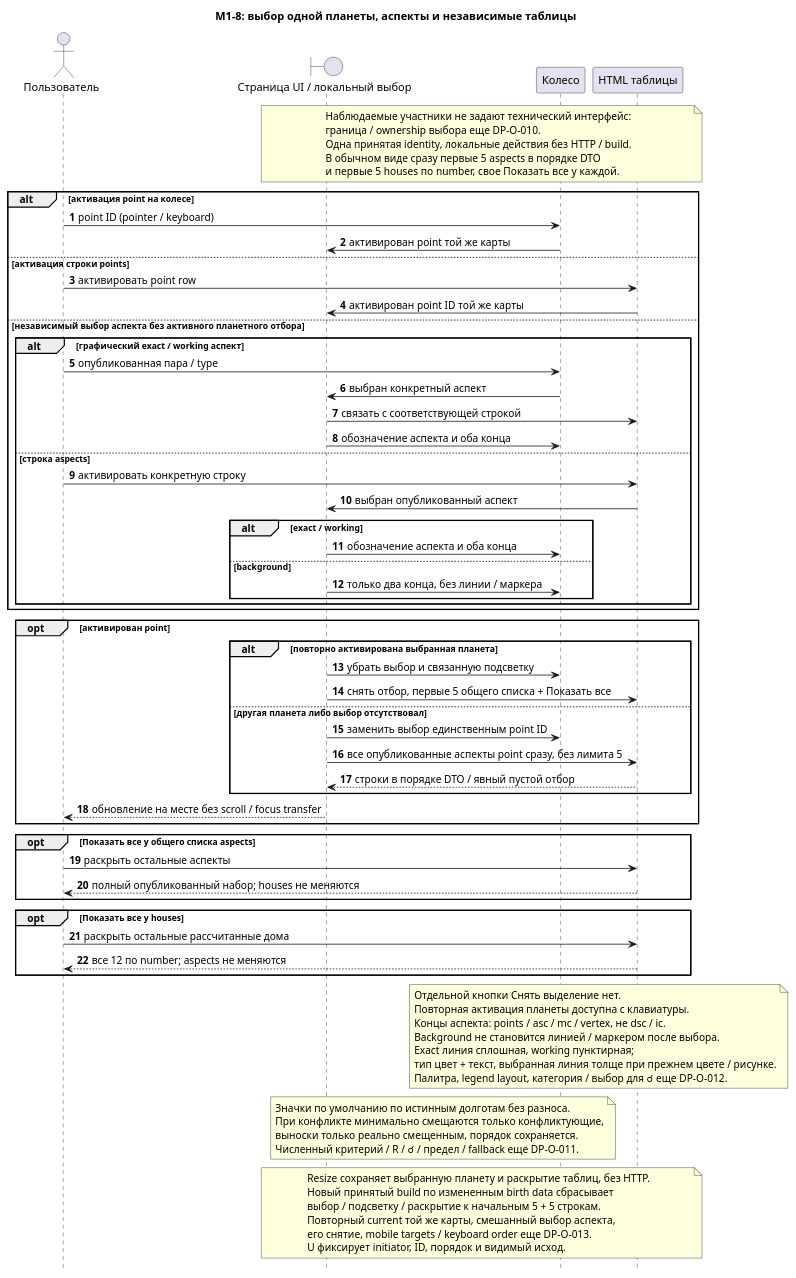
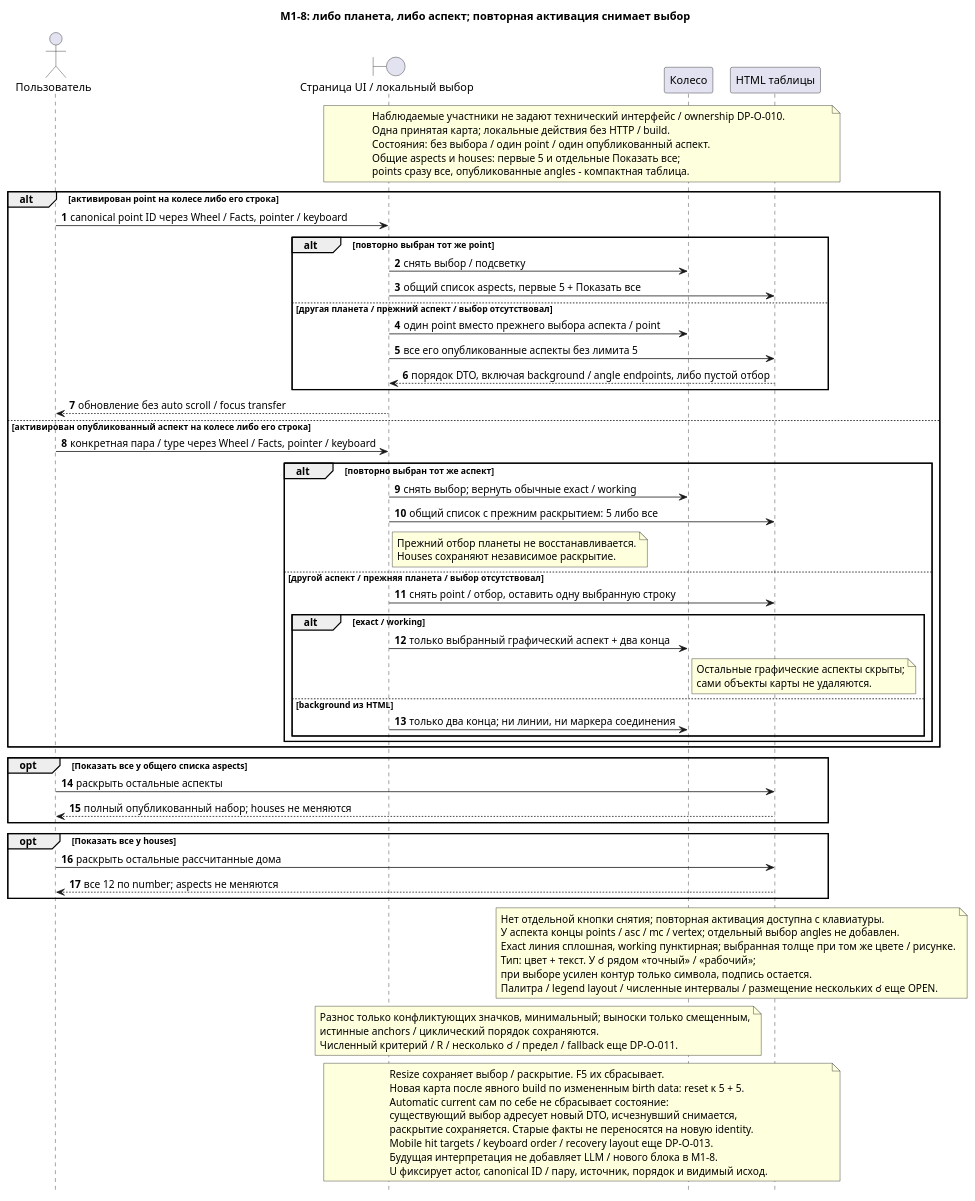
The diagram in docs/project_management/change_plans/ui-chart-wheel/analyst/sequence_diagrams/ui/002-wheel-table-selection.puml (ksenia-baranova/exact-orb-demo), drawn with PlantUML before and after one commit. The commit also changed 9 other files, not shown here.

```diff
--- a/docs/project_management/change_plans/ui-chart-wheel/analyst/sequence_diagrams/ui/002-wheel-table-selection.puml
+++ b/docs/project_management/change_plans/ui-chart-wheel/analyst/sequence_diagrams/ui/002-wheel-table-selection.puml
@@ -1,85 +1,86 @@
 @startuml
-' Owner: Functional Analyst. TASK-A-001; package v2, 2026-10-15.
-' Update InputSHA 2b846077b317e33dd892565419942c4db8517b1e; v1 at 683bdd0
+' Owner: Functional Analyst. TASK-A-001; draft package v3, 2026-10-15.
+' InputSHA 2169845b770754e11ae8b5cb1e13ffcd780784c8; v2 at cb25422.
+' Owner evidence 2026-10-15; registration in Manager DP-O-012/013 pending.
 ' REQ-WHEEL-04/05/06/07/08/09/10; REQ-UI-03/04/05/06/10
-' AS-WHEEL-04/07/08/09/10/11/12/13/14/16/23/26/27
+' AS-WHEEL-04/07/08/11/12/13/14/16/23/26/27/28/29/30
 ' Clean target: docs/sequence_diagrams/ui/002-wheel-table-selection.puml
-title M1-8: выбор одной планеты, аспекты и независимые таблицы
+title M1-8: либо планета, либо аспект; повторная активация снимает выбор
 autonumber
 hide footbox
 actor "Пользователь" as User
 boundary "Страница UI / локальный выбор" as Page
 participant "Колесо" as Wheel
 participant "HTML таблицы" as Facts
 note over Page, Facts
-Наблюдаемые участники не задают технический интерфейс:
-граница / ownership выбора еще DP-O-010.
-Одна принятая identity, локальные действия без HTTP / build.
-В обычном виде сразу первые 5 aspects в порядке DTO
-и первые 5 houses по number, свое Показать все у каждой.
+Наблюдаемые участники не задают технический интерфейс / ownership DP-O-010.
+Одна принятая карта; локальные действия без HTTP / build.
+Состояния: без выбора / один point / один опубликованный аспект.
+Общие aspects и houses: первые 5 и отдельные Показать все;
+points сразу все, опубликованные angles - компактная таблица.
 end note
-alt активация point на колесе
-  User -> Wheel : point ID (pointer / keyboard)
-  Wheel -> Page : активирован point той же карты
-else активация строки points
-  User -> Facts : активировать point row
-  Facts -> Page : активирован point ID той же карты
-else независимый выбор аспекта без активного планетного отбора
-  alt графический exact / working аспект
-    User -> Wheel : опубликованная пара / type
-    Wheel -> Page : выбран конкретный аспект
-    Page -> Facts : связать с соответствующей строкой
-    Page -> Wheel : обозначение аспекта и оба конца
-  else строка aspects
-    User -> Facts : активировать конкретную строку
-    Facts -> Page : выбран опубликованный аспект
+alt активирован point на колесе либо его строка
+  User -> Page : canonical point ID через Wheel / Facts, pointer / keyboard
+  alt повторно выбран тот же point
+    Page -> Wheel : снять выбор / подсветку
+    Page -> Facts : общий список aspects, первые 5 + Показать все
+  else другая планета / прежний аспект / выбор отсутствовал
+    Page -> Wheel : один point вместо прежнего выбора аспекта / point
+    Page -> Facts : все его опубликованные аспекты без лимита 5
+    Facts --> Page : порядок DTO, включая background / angle endpoints, либо пустой отбор
+  end
+  Page --> User : обновление без auto scroll / focus transfer
+else активирован опубликованный аспект на колесе либо его строка
+  User -> Page : конкретная пара / type через Wheel / Facts, pointer / keyboard
+  alt повторно выбран тот же аспект
+    Page -> Wheel : снять выбор; вернуть обычные exact / working
+    Page -> Facts : общий список с прежним раскрытием: 5 либо все
+    note right of Page
+    Прежний отбор планеты не восстанавливается.
+    Houses сохраняют независимое раскрытие.
+    end note
+  else другой аспект / прежняя планета / выбор отсутствовал
+    Page -> Facts : снять point / отбор, оставить одну выбранную строку
     alt exact / working
-      Page -> Wheel : обозначение аспекта и оба конца
-    else background
-      Page -> Wheel : только два конца, без линии / маркера
+      Page -> Wheel : только выбранный графический аспект + два конца
+      note right of Wheel
+      Остальные графические аспекты скрыты;
+      сами объекты карты не удаляются.
+      end note
+    else background из HTML
+      Page -> Wheel : только два конца; ни линии, ни маркера соединения
     end
   end
-end
-opt активирован point
-  alt повторно активирована выбранная планета
-    Page -> Wheel : убрать выбор и связанную подсветку
-    Page -> Facts : снять отбор, первые 5 общего списка + Показать все
-  else другая планета либо выбор отсутствовал
-    Page -> Wheel : заменить выбор единственным point ID
-    Page -> Facts : все опубликованные аспекты point сразу, без лимита 5
-    Facts --> Page : строки в порядке DTO / явный пустой отбор
-  end
-  Page --> User : обновление на месте без scroll / focus transfer
 end
 opt Показать все у общего списка aspects
   User -> Facts : раскрыть остальные аспекты
   Facts --> User : полный опубликованный набор; houses не меняются
 end
 opt Показать все у houses
   User -> Facts : раскрыть остальные рассчитанные дома
   Facts --> User : все 12 по number; aspects не меняются
 end
 note over Wheel, Facts
-Отдельной кнопки Снять выделение нет.
-Повторная активация планеты доступна с клавиатуры.
-Концы аспекта: points / asc / mc / vertex, не dsc / ic.
-Background не становится линией / маркером после выбора.
-Exact линия сплошная, working пунктирная;
-тип цвет + текст, выбранная линия толще при прежнем цвете / рисунке.
-Палитра, legend layout, категория / выбор для ☌ еще DP-O-012.
+Нет отдельной кнопки снятия; повторная активация доступна с клавиатуры.
+У аспекта концы points / asc / mc / vertex; отдельный выбор angles не добавлен.
+Exact линия сплошная, working пунктирная; выбранная толще при том же цвете / рисунке.
+Тип: цвет + текст. У ☌ рядом «точный» / «рабочий»;
+при выборе усилен контур только символа, подпись остается.
+Палитра / legend layout / численные интервалы / размещение нескольких ☌ еще OPEN.
 end note
 note over Page, Wheel
-Значки по умолчанию по истинным долготам без разноса.
-При конфликте минимально смещаются только конфликтующие,
-выноски только реально смещенным, порядок сохраняется.
-Численный критерий / R / ☌ / предел / fallback еще DP-O-011.
+Разнос только конфликтующих значков, минимальный; выноски только смещенным,
+истинные anchors / циклический порядок сохраняются.
+Численный критерий / R / несколько ☌ / предел / fallback еще DP-O-011.
 end note
 note over Page, Facts
-Resize сохраняет выбранную планету и раскрытие таблиц, без HTTP.
-Новый принятый build по измененным birth data сбрасывает
-выбор / подсветку / раскрытие к начальным 5 + 5 строкам.
-Повторный current той же карты, смешанный выбор аспекта,
-его снятие, mobile targets / keyboard order еще DP-O-013.
-U фиксирует initiator, ID, порядок и видимый исход.
+Resize сохраняет выбор / раскрытие. F5 их сбрасывает.
+Новая карта после явного build по измененным birth data: reset к 5 + 5.
+Automatic current сам по себе не сбрасывает состояние:
+существующий выбор адресует новый DTO, исчезнувший снимается,
+раскрытие сохраняется. Старые факты не переносятся на новую identity.
+Mobile hit targets / keyboard order / recovery layout еще DP-O-013.
+Будущая интерпретация не добавляет LLM / нового блока в M1-8.
+U фиксирует actor, canonical ID / пару, источник, порядок и видимый исход.
 end note
 @enduml
```
